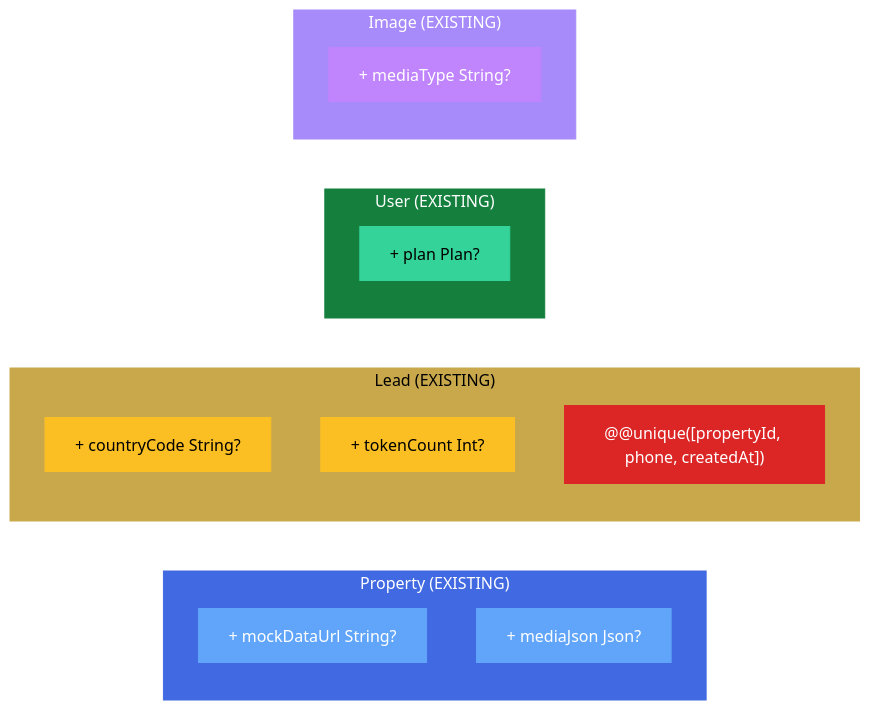
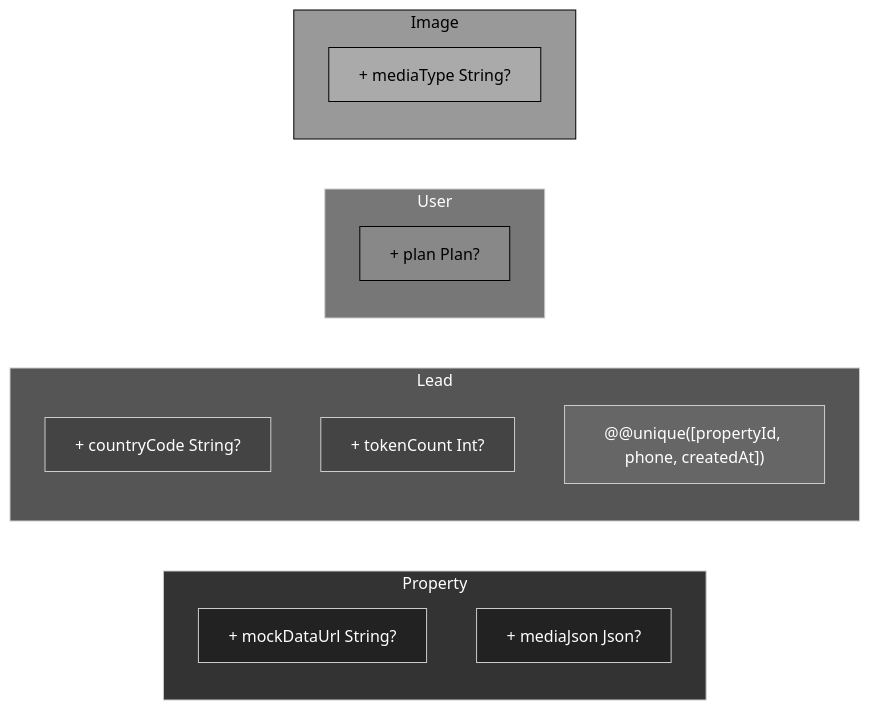
One commit to DeadCoder-N/Soryvanta changed the eighth of 16 diagrams in README.md. Above: the diagram before and after it, drawn with Mermaid (forest theme). The commit also changed other lines of this file, not shown here.

````diff
--- a/README.md
+++ b/README.md
@@ -767,33 +767,33 @@
 ```mermaid
 flowchart LR
-    subgraph PROPERTY["Property (EXISTING)"]
+    subgraph PROPERTY["Property"]
         P_ADD1["+ mockDataUrl String?"]
         P_ADD2["+ mediaJson Json?"]
     end
-    
-    subgraph LEAD["Lead (EXISTING)"]
+
+    subgraph LEAD["Lead"]
         L_ADD1["+ countryCode String?"]
         L_ADD2["+ tokenCount Int?"]
         L_ADD3["@@unique([propertyId, phone, createdAt])"]
     end
-    
-    subgraph USER["User (EXISTING)"]
+
+    subgraph USER["User"]
         U_ADD1["+ plan Plan?"]
     end
-    
-    subgraph IMAGE["Image (EXISTING)"]
+
+    subgraph IMAGE["Image"]
         I_ADD1["+ mediaType String?"]
     end
 
-    style PROPERTY fill:#4169E1,color:#fff,stroke:#4169E1
-    style LEAD fill:#C9A84C,color:#000,stroke:#C9A84C
-    style USER fill:#15803D,color:#fff,stroke:#15803D
-    style IMAGE fill:#a78bfa,color:#fff,stroke:#a78bfa
-    style P_ADD1 fill:#60a5fa,color:#fff,stroke:#60a5fa
-    style P_ADD2 fill:#60a5fa,color:#fff,stroke:#60a5fa
-    style L_ADD1 fill:#fbbf24,color:#000,stroke:#fbbf24
-    style L_ADD2 fill:#fbbf24,color:#000,stroke:#fbbf24
-    style L_ADD3 fill:#DC2626,color:#fff,stroke:#DC2626
-    style U_ADD1 fill:#34d399,color:#000,stroke:#34d399
-    style I_ADD1 fill:#c084fc,color:#fff,stroke:#c084fc
+    style PROPERTY fill:#333,color:#fff,stroke:#ccc
+    style LEAD fill:#555,color:#fff,stroke:#ccc
+    style USER fill:#777,color:#fff,stroke:#ccc
+    style IMAGE fill:#999,color:#000,stroke:#000
+    style P_ADD1 fill:#222,color:#fff,stroke:#ccc
+    style P_ADD2 fill:#222,color:#fff,stroke:#ccc
+    style L_ADD1 fill:#444,color:#fff,stroke:#ccc
+    style L_ADD2 fill:#444,color:#fff,stroke:#ccc
+    style L_ADD3 fill:#666,color:#fff,stroke:#ccc
+    style U_ADD1 fill:#888,color:#000,stroke:#000
+    style I_ADD1 fill:#aaa,color:#000,stroke:#000
 ```
````
